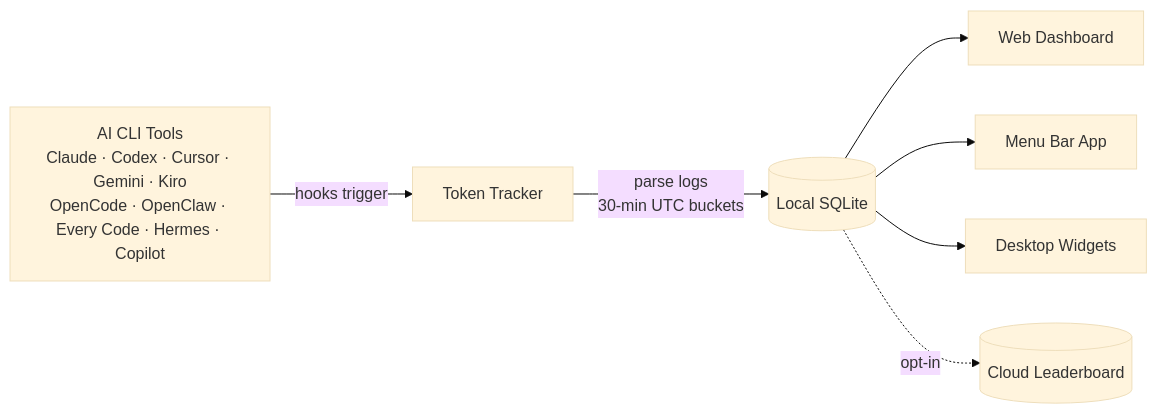
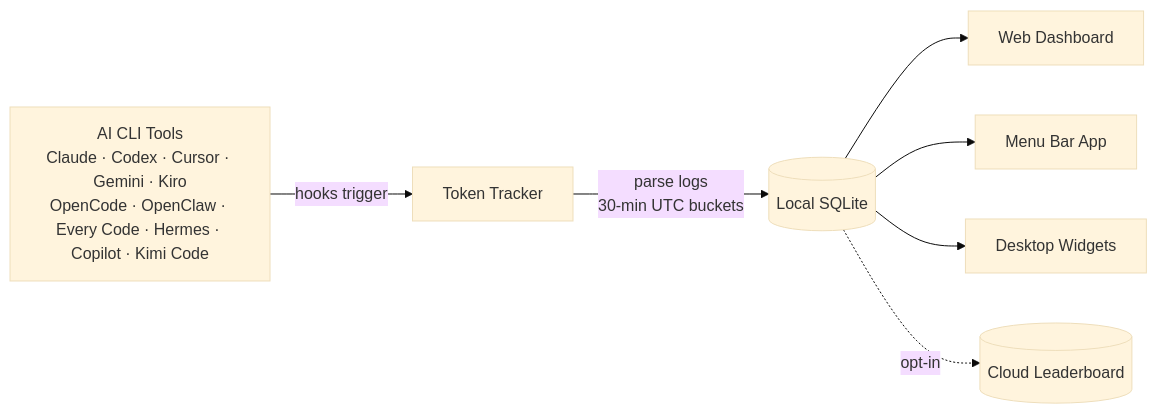
One commit to mm7894215/TokenTracker changed the diagram in README.md. Above: the diagram before and after it, drawn with Mermaid (base theme). The commit also changed other lines of this file and 17 other files, not shown here.

First line of the commit message:
feat: add Kimi Code to leaderboard and fix total period empty state

````diff
--- a/README.md
+++ b/README.md
@@ -163,10 +164,10 @@
 ```mermaid
 flowchart LR
-    A["AI CLI Tools<br/>Claude · Codex · Cursor · Gemini · Kiro<br/>OpenCode · OpenClaw · Every Code · Hermes · Copilot"]
+    A["AI CLI Tools<br/>Claude · Codex · Cursor · Gemini · Kiro<br/>OpenCode · OpenClaw · Every Code · Hermes · Copilot · Kimi Code"]
     A -->|hooks trigger| B[Token Tracker]
     B -->|parse logs<br/>30-min UTC buckets| C[(Local SQLite)]
     C --> D[Web Dashboard]
     C --> E[Menu Bar App]
     C --> F[Desktop Widgets]
     C -.->|opt-in| G[(Cloud Leaderboard)]
 ```
````
